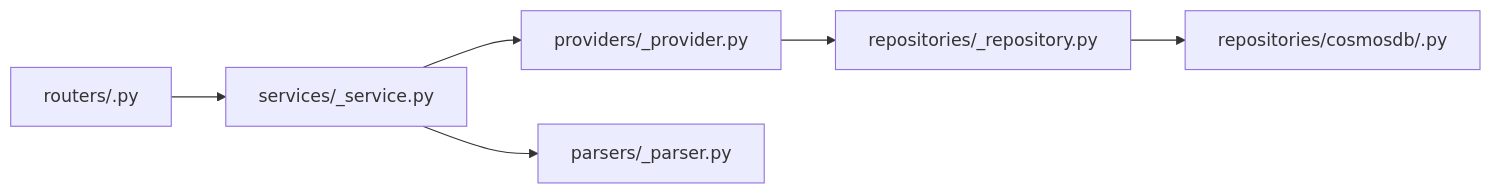
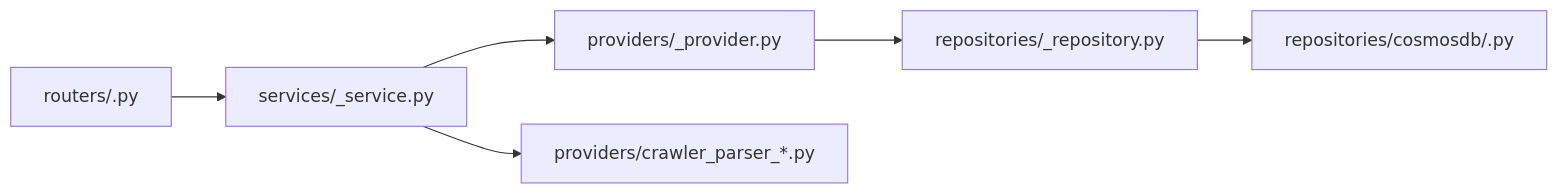
One commit to datntdev0/toolbox-media-studio changed the second of 3 diagrams in docs/architecture.md. Above: the diagram before and after it, drawn with Mermaid. The commit also changed other lines of this file and 6 other files, not shown here.

````diff
--- a/docs/architecture.md
+++ b/docs/architecture.md
@@ -65,14 +66,14 @@
 ```mermaid
 flowchart LR
     Routes["routers/<feature>.py"]
     Services["services/<feature>_service.py"]
     Providers["providers/<adapter>_provider.py"]
-    Parsers["parsers/<site>_parser.py"]
+    Parsers["providers/crawler_parser_*.py"]
     Repos["repositories/<entity>_repository.py"]
     CosmosRepos["repositories/cosmosdb/<entity>.py"]
 
     Routes --> Services
     Services --> Providers
     Providers --> Repos --> CosmosRepos
     Services --> Parsers
 ```
````
